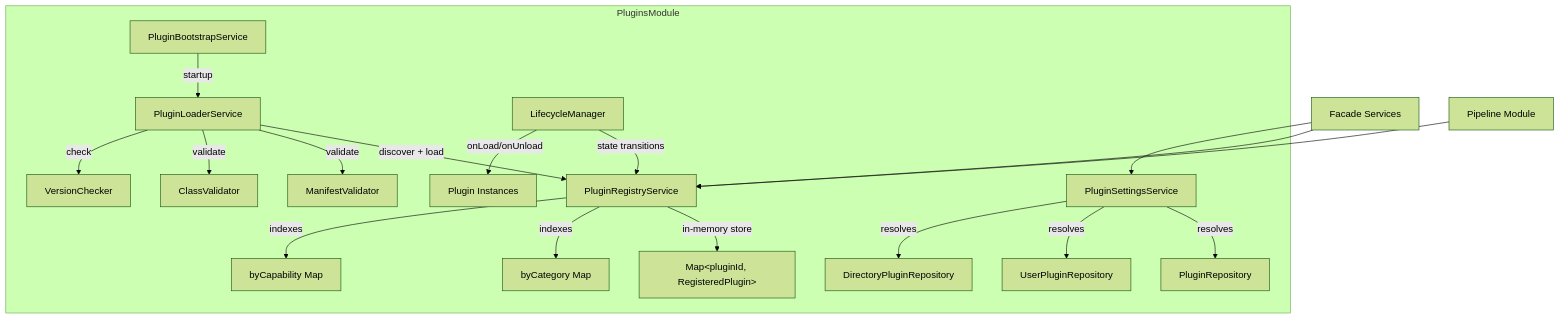
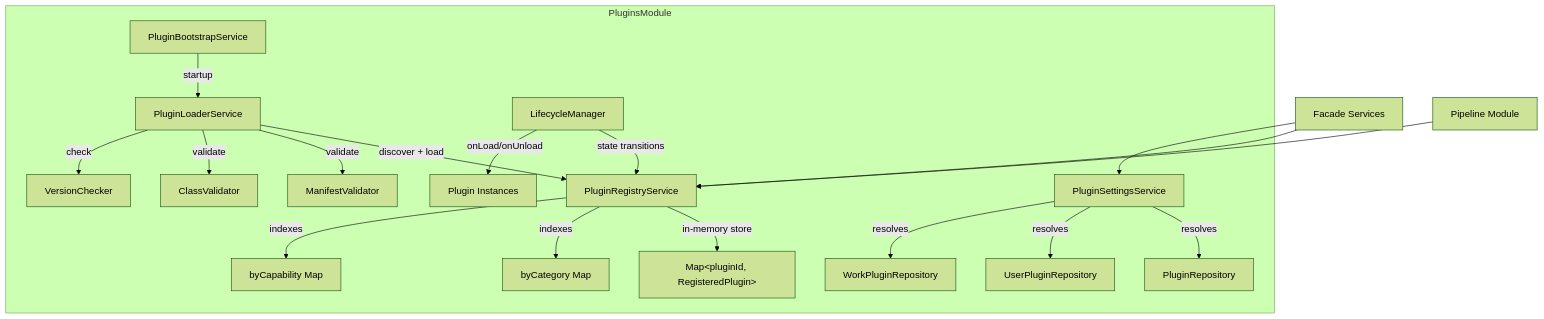
One commit to ever-works/ever-works changed the first of 3 diagrams in docs/agent-services/plugins-module.md. Above: the diagram before and after it, drawn with Mermaid (forest theme). The commit also changed other lines of this file and 395 other files, not shown here.

````diff
--- a/docs/agent-services/plugins-module.md
+++ b/docs/agent-services/plugins-module.md
@@ -46,25 +46,25 @@
 ```mermaid
 graph TD
     subgraph PluginsModule
         BOOT[PluginBootstrapService] -->|startup| LOADER[PluginLoaderService]
         LOADER -->|discover + load| REG[PluginRegistryService]
         LOADER -->|validate| MV[ManifestValidator]
         LOADER -->|validate| CV[ClassValidator]
         LOADER -->|check| VC[VersionChecker]
 
         REG -->|in-memory store| MAP["Map&lt;pluginId, RegisteredPlugin&gt;"]
         REG -->|indexes| CAT["byCategory Map"]
         REG -->|indexes| CAP["byCapability Map"]
 
         LCM[LifecycleManager] -->|state transitions| REG
         LCM -->|onLoad/onUnload| PLUGINS[Plugin Instances]
 
         SETTINGS[PluginSettingsService] -->|resolves| P_REPO[PluginRepository]
         SETTINGS -->|resolves| UP_REPO[UserPluginRepository]
-        SETTINGS -->|resolves| DP_REPO[DirectoryPluginRepository]
+        SETTINGS -->|resolves| DP_REPO[WorkPluginRepository]
     end
 
     FACADES[Facade Services] --> REG
     FACADES --> SETTINGS
     PIPELINE[Pipeline Module] --> REG
 ```
````
